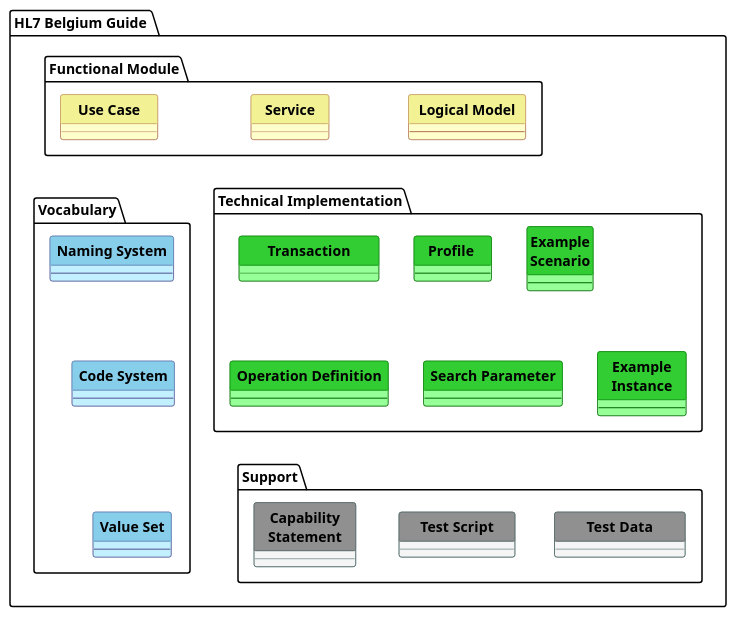
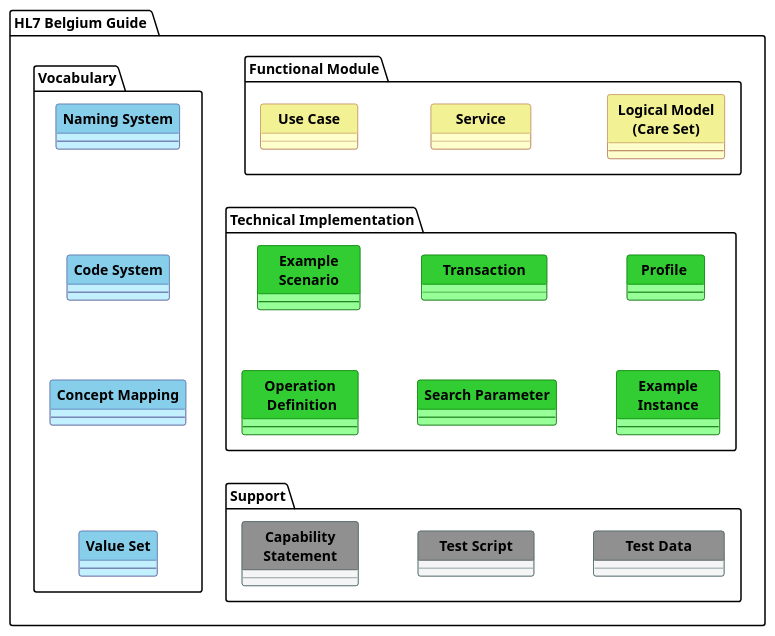
Before and after one commit to hl7-be/hl7-be-wow: the diagram in input/images-source/metamodel.plantuml, drawn with PlantUML. The commit also changed 9 other files, not shown here.

```diff
--- a/input/images-source/metamodel.plantuml
+++ b/input/images-source/metamodel.plantuml
@@ -47,11 +47,11 @@
   class "    **Use Case**    " as UCase<<FL>> {
   }
 
-  Class "   **Service**   " as Interaction<<FL>> {
+  Class "   **   Service   **   " as Interaction<<FL>> {
   }
 
 
-  Class "  **Logical Model**  " as LogicalModel<<FL>> {
+  Class "  **Logical Model**  \n  **(Care Set)**  " as LogicalModel<<FL>> {
   --
 '  StructureDefinition
   }
@@ -62,8 +62,8 @@
   ???
   }
 '/
-UCase -right[hidden]-> Interaction :"                 "
-Interaction -right[hidden]-> LogicalModel :"             "
+UCase -right[hidden]-> Interaction  :"           "
+Interaction -right[hidden]-> LogicalModel :"            "
 }
 
 
@@ -98,7 +98,7 @@
 
 package "Technical Implementation" as Tech {
 
-  Class "**       Transaction       **" as Transaction<<TL>> {
+  Class "**     Transaction     **" as Transaction<<TL>> {
 /'    |_ **ID**
     |_ Name
     |_ Description
@@ -116,7 +116,7 @@
 '  StructureDefinition
   }
 
-  Class "** Operation Definition **" as OpDef<<TL>> {
+  Class "     **Operation**     \n      **Definition**     " as OpDef<<TL>> {
   --
 '  OperationDefinition
   }
@@ -127,22 +127,35 @@
   }
 
 
-  Class "**   Example   **\n**   Instance   **" as ExampleInstance<<TL>> {
+  Class "**     Example     **\n**     Instance     **" as ExampleInstance<<TL>> {
   --
 '  Resource
   }
 
-  Class "**Example**\n**Scenario**" as ExampleScenario<<TL>> {
+  Class "     **Example**     \n     **Scenario**     " as ExampleScenario<<TL>> {
   --
 '  ExampleScenario
   }
 
-Transaction -right[hidden]-> Profile
-Profile -right[hidden]-> ExampleScenario
-Transaction -down[hidden]-> OpDef
-OpDef -right[hidden]-> SearchParam
-SearchParam -right[hidden]-> ExampleInstance
-Transaction -down[hidden]-> OpDef
+
+'Profile -down[hidden]-> ExampleInstance
+
+ExampleScenario -right[hidden]-> Transaction  :"       "
+Transaction -right[hidden]-> Profile :"       "
+ExampleScenario -down[hidden]-> OpDef
+OpDef -right[hidden]-> SearchParam :"       "
+SearchParam -right[hidden]-> ExampleInstance :"       "
+
+
+Profile -down[hidden]-> ExampleInstance
+Transaction -down[hidden]-> SearchParam
+
+'Transaction -right[hidden]-> Profile
+'Profile -right[hidden]-> ExampleScenario
+'ExampleInstance -up[hidden]-> ExampleScenario
+'Transaction -down[hidden]-> OpDef
+'SearchParam -right[hidden]-> ExampleInstance
+'Transaction -down[hidden]-> OpDef
 'Profile -[hidden]-> OpDef
 
 }
@@ -157,15 +170,16 @@
   }
   class "**     Test Script     **" as TestScript<<MD>> {
   }
-  class "**   Capability   **\n **  Statement   **" as CapabilityStatement<<MD>> {
+  class "**     Capability     **\n     **Statement     **" as CapabilityStatement<<MD>> {
   }
 
 
-TestScript -right[hidden]-> CapabilityStatement : "  "
-TestData -left[hidden]-> TestScript : " "
+CapabilityStatement -right[hidden]-> TestScript :"       "
+TestScript -right[hidden]-> TestData  :"       "
 
 }
 
+'TestData -down[hidden]-> TestScript : " "
 
 
 
@@ -190,28 +204,41 @@
     --
 '    CodeSystem
   }
+  Class "** Concept Mapping **" as ConceptMap<<TM>> {
+    --
+'    NamingSystem
+  }
   Class "** Value Set **" as ValueSet<<TM>> {
     --
 '    ValueSet
   }
 NamingSystem -down[hidden]-> CodeSystem
-CodeSystem -down[hidden]-> ValueSet
+CodeSystem -down[hidden]-> ConceptMap
+ConceptMap -down[hidden]-> ValueSet
 }
 
+UCase -down[hidden]-> ExampleScenario
+Interaction -down[hidden]-> Transaction
+'UCase -down[hidden]-> Transaction
+LogicalModel -down[hidden]-> Profile
+'LogicalModel -down[hidden]-> Profile
+
+OpDef -down[hidden]-> CapabilityStatement
+
+/'
 
 Profile -right[hidden]-> NamingSystem
 ExampleInstance -right[hidden]-> CodeSystem
-TestScript -right[hidden]-> ValueSet
+ConceptMap -right[hidden]-> ExampleInstance
+ConceptMap -right[hidden]-> ExampleInstance
 
-Interaction -down[hidden]-> Transaction
-OpDef -down[hidden]-> CapabilityStatement
+ValueSet -right[hidden]-> CapabilityStatement
 LogicalModel -down[hidden]-> Transaction
-'UCase -down[hidden]-> ExampleScenario
-
-
 ExampleInstance -down[hidden]-> TestScript
 
 
+
+'/
 
 'Tech -[hidden]-> Term
 'Tech -right[hidden]-> Term
```
